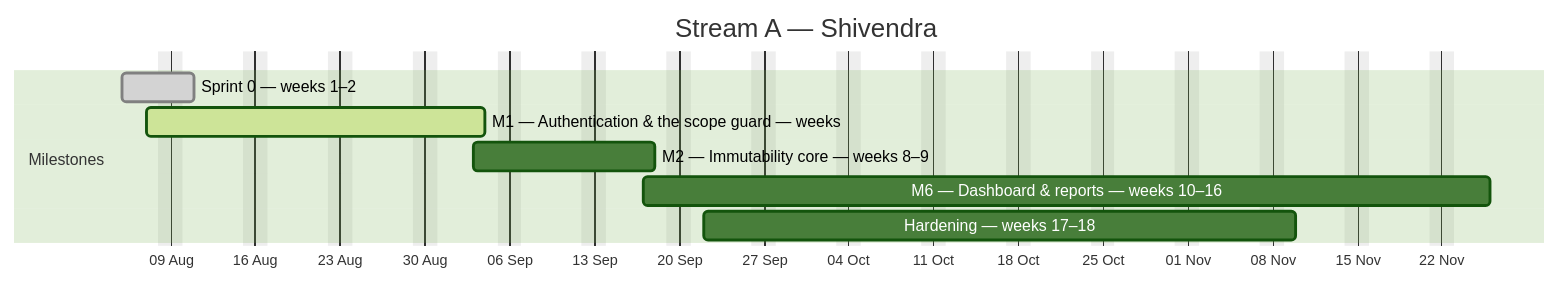
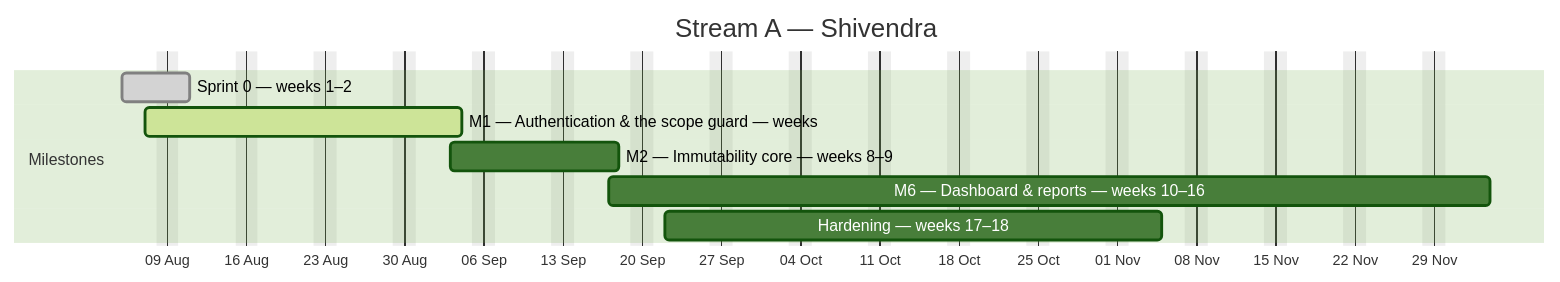
One commit to debashisedunext/EduTrack changed the first of 4 diagrams in docs/plan/GANTT.md. Above: the diagram before and after it, drawn with Mermaid (forest theme). The commit also changed other lines of this file and 2 other files, not shown here.

````diff
--- a/docs/plan/GANTT.md
+++ b/docs/plan/GANTT.md
@@ -128,13 +127,13 @@
 ```mermaid
 gantt
     dateFormat YYYY-MM-DD
     axisFormat %d %b
     title Stream A — Shivendra
     excludes weekends
     section Milestones
     Sprint 0 — weeks 1–2 :done, a0, 2026-08-05, 4d
     M1 — Authentication & the scope guard — weeks :active, a1, 2026-08-07, 20d
     M2 — Immutability core — weeks 8–9 :a2, 2026-09-03, 11d
-    M6 — Dashboard & reports — weeks 10–16 :a3, 2026-09-17, 50d
-    Hardening — weeks 17–18 :a4, 2026-09-22, 35d
+    M6 — Dashboard & reports — weeks 10–16 :a3, 2026-09-17, 56d
+    Hardening — weeks 17–18 :a4, 2026-09-22, 32d
 ```
````
